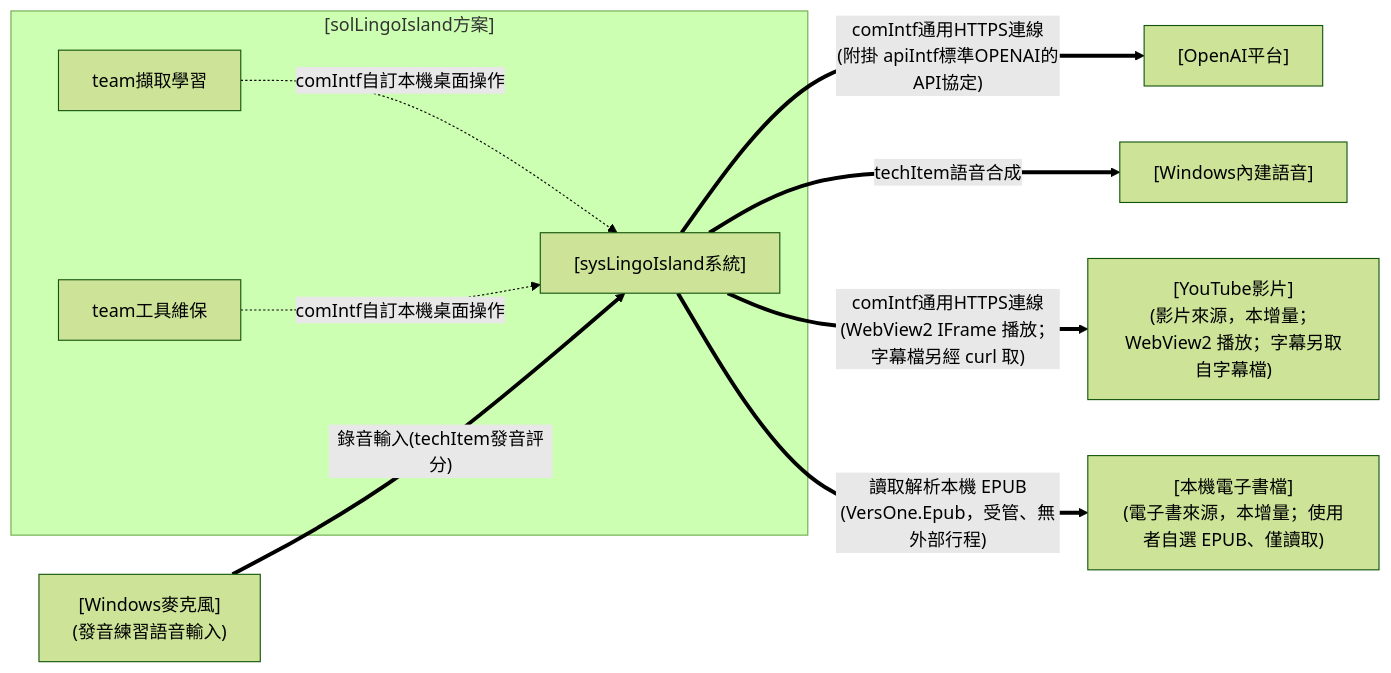
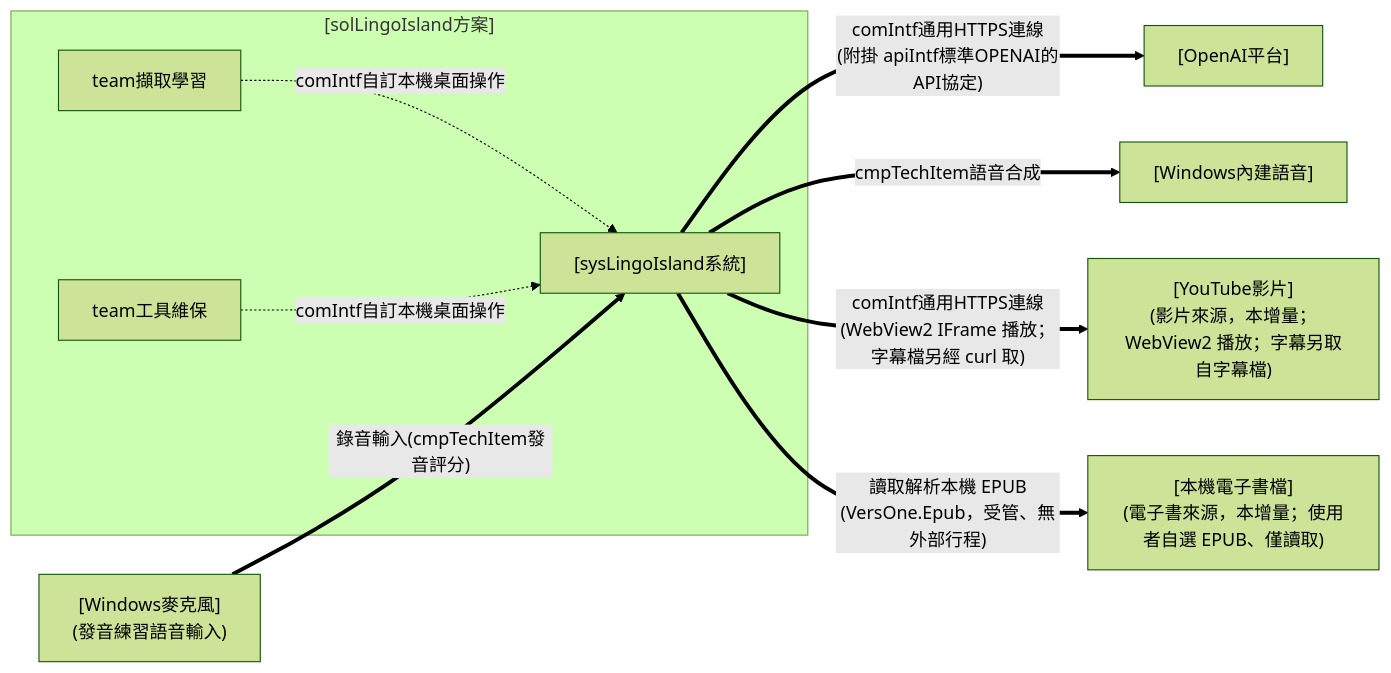
One commit to twStellarWhale-Ocean/solLingoIsland changed the third of 6 diagrams in docs/design.md. Above: the diagram before and after it, drawn with Mermaid (forest theme). The commit also changed other lines of this file and 12 other files, not shown here.

````diff
--- a/docs/design.md
+++ b/docs/design.md
@@ -251,22 +194,22 @@
 ```mermaid
 flowchart LR
 
 subgraph SOL["[solLingoIsland方案]"]
   T1["team擷取學習"]
   T2["team工具維保"]
   SYS["[sysLingoIsland系統]"]
   T1 -.->|"comIntf自訂本機桌面操作"| SYS
   T2 -.->|"comIntf自訂本機桌面操作"| SYS
 end
 
 OPENAI["[OpenAI平台]"]
 SPEECH["[Windows內建語音]"]
 MIC["[Windows麥克風]<br/>(發音練習語音輸入)"]
 SYS ==>|"comIntf通用HTTPS連線<br/>(附掛 apiIntf標準OPENAI的API協定)"| OPENAI
-SYS ==>|"techItem語音合成"| SPEECH
-MIC ==>|"錄音輸入(techItem發音評分)"| SYS
+SYS ==>|"cmpTechItem語音合成"| SPEECH
+MIC ==>|"錄音輸入(cmpTechItem發音評分)"| SYS
 YT["[YouTube影片]<br/>(影片來源，本增量；WebView2 播放；字幕另取自字幕檔)"]
 SYS ==>|"comIntf通用HTTPS連線<br/>(WebView2 IFrame 播放；字幕檔另經 curl 取)"| YT
 EBOOK["[本機電子書檔]<br/>(電子書來源，本增量；使用者自選 EPUB、僅讀取)"]
 SYS ==>|"讀取解析本機 EPUB<br/>(VersOne.Epub，受管、無外部行程)"| EBOOK
 ```
````
